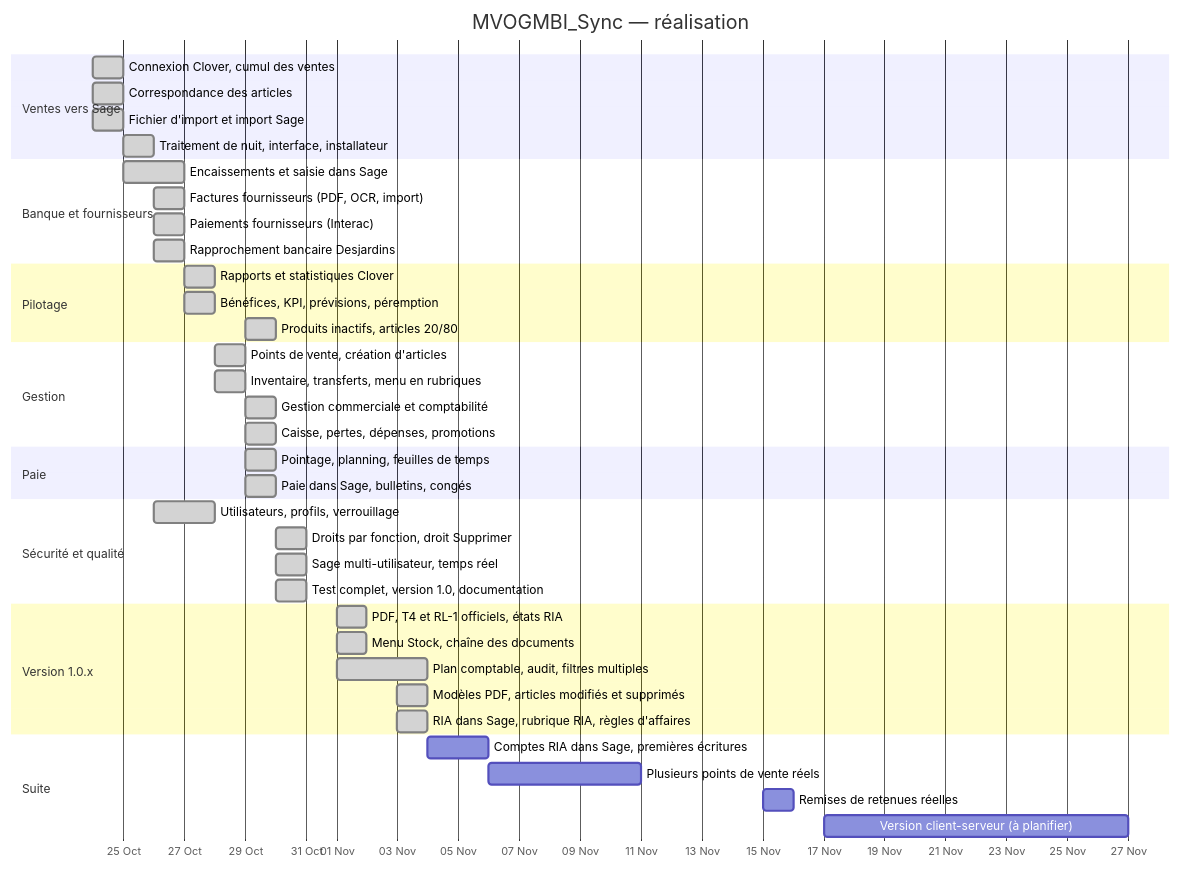
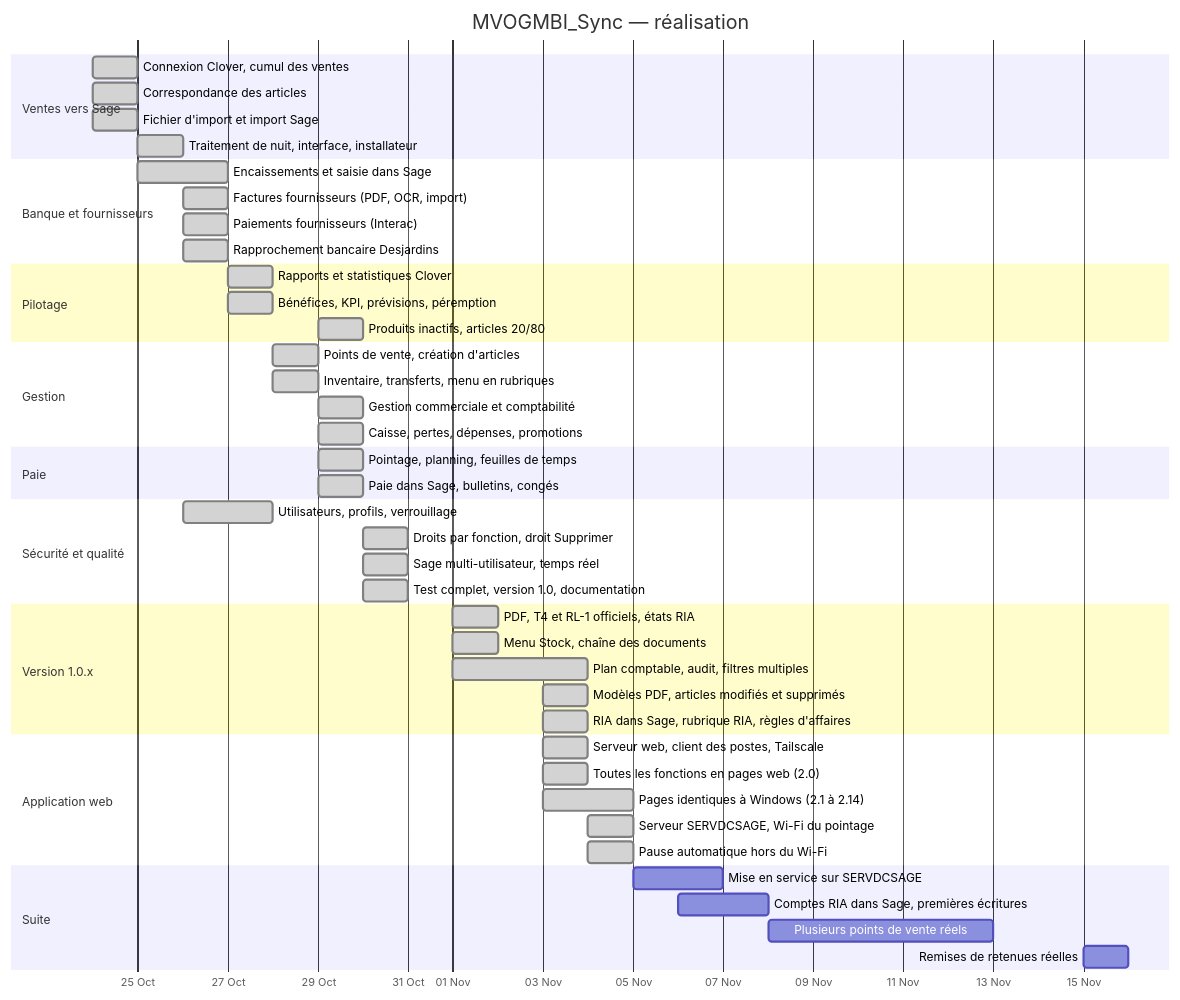
The first of 2 diagrams in documentation/PROJET.md (mteingueng-dot/MVOGMBI_Sync_2026.1), drawn with Mermaid before and after one commit. The commit also changed other lines of this file and 27 other files, not shown here.

Commit message:
Version 2.15.0 : Wi-Fi du magasin pour le pointage, pause automatique hors du Wi-Fi, documentation complète à jour

````diff
--- a/documentation/PROJET.md
+++ b/documentation/PROJET.md
@@ -9,44 +9,50 @@
 ```mermaid
 gantt
     title MVOGMBI_Sync — réalisation
     dateFormat YYYY-MM-DD
     axisFormat %d %b
     section Ventes vers Sage
     Connexion Clover, cumul des ventes          :done, a1, 2026-10-24, 1d
     Correspondance des articles                 :done, a2, 2026-10-24, 1d
     Fichier d'import et import Sage             :done, a3, 2026-10-24, 1d
     Traitement de nuit, interface, installateur :done, a4, 2026-10-25, 1d
     section Banque et fournisseurs
     Encaissements et saisie dans Sage           :done, b1, 2026-10-25, 2d
     Factures fournisseurs (PDF, OCR, import)    :done, b2, 2026-10-26, 1d
     Paiements fournisseurs (Interac)            :done, b3, 2026-10-26, 1d
     Rapprochement bancaire Desjardins           :done, b4, 2026-10-26, 1d
     section Pilotage
     Rapports et statistiques Clover             :done, c1, 2026-10-27, 1d
     Bénéfices, KPI, prévisions, péremption      :done, c2, 2026-10-27, 1d
     Produits inactifs, articles 20/80           :done, c3, 2026-10-29, 1d
     section Gestion
     Points de vente, création d'articles        :done, d1, 2026-10-28, 1d
     Inventaire, transferts, menu en rubriques   :done, d2, 2026-10-28, 1d
     Gestion commerciale et comptabilité         :done, d3, 2026-10-29, 1d
     Caisse, pertes, dépenses, promotions        :done, d4, 2026-10-29, 1d
     section Paie
     Pointage, planning, feuilles de temps       :done, e1, 2026-10-29, 1d
     Paie dans Sage, bulletins, congés           :done, e2, 2026-10-29, 1d
     section Sécurité et qualité
     Utilisateurs, profils, verrouillage         :done, f1, 2026-10-26, 2d
     Droits par fonction, droit Supprimer        :done, f2, 2026-10-30, 1d
     Sage multi-utilisateur, temps réel          :done, f3, 2026-10-30, 1d
     Test complet, version 1.0, documentation    :done, f4, 2026-10-30, 1d
     section Version 1.0.x
     PDF, T4 et RL-1 officiels, états RIA        :done, h1, 2026-11-01, 1d
     Menu Stock, chaîne des documents            :done, h2, 2026-11-01, 1d
     Plan comptable, audit, filtres multiples    :done, h3, 2026-11-01, 3d
     Modèles PDF, articles modifiés et supprimés :done, h4, 2026-11-03, 1d
     RIA dans Sage, rubrique RIA, règles d'affaires :done, h5, 2026-11-03, 1d
+    section Application web
+    Serveur web, client des postes, Tailscale   :done, w1, 2026-11-03, 1d
+    Toutes les fonctions en pages web (2.0)     :done, w2, 2026-11-03, 1d
+    Pages identiques à Windows (2.1 à 2.14)     :done, w3, 2026-11-03, 2d
+    Serveur SERVDCSAGE, Wi-Fi du pointage       :done, w4, 2026-11-04, 1d
+    Pause automatique hors du Wi-Fi             :done, w5, 2026-11-04, 1d
     section Suite
-    Comptes RIA dans Sage, premières écritures  :g0, 2026-11-04, 2d
-    Plusieurs points de vente réels             :g1, 2026-11-06, 5d
+    Mise en service sur SERVDCSAGE              :g4, 2026-11-05, 2d
+    Comptes RIA dans Sage, premières écritures  :g0, 2026-11-06, 2d
+    Plusieurs points de vente réels             :g1, 2026-11-08, 5d
     Remises de retenues réelles                 :g2, 2026-11-15, 1d
-    Version client-serveur (à planifier)        :g3, 2026-11-17, 10d
 ```
````
